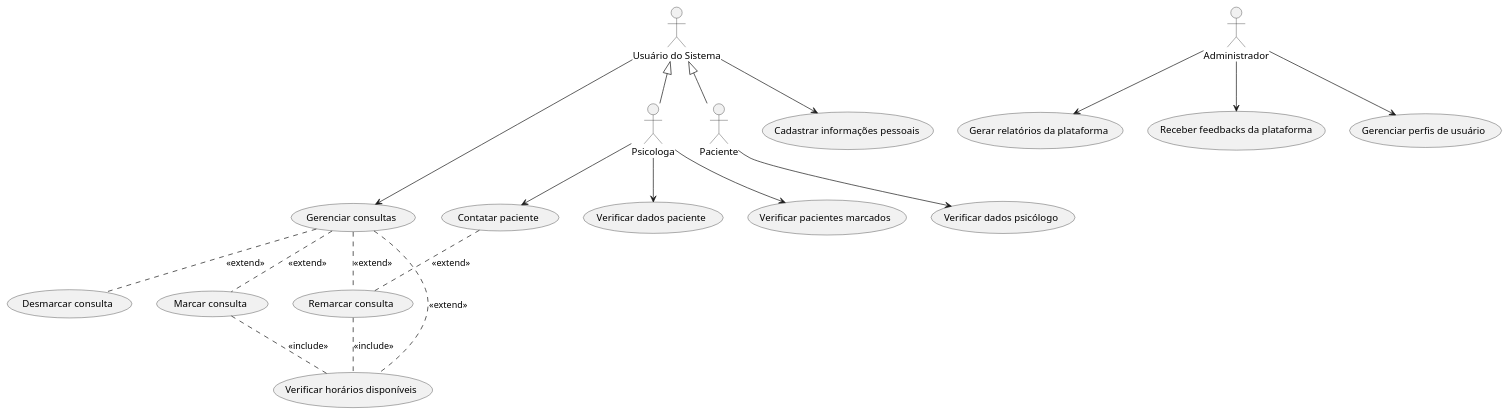
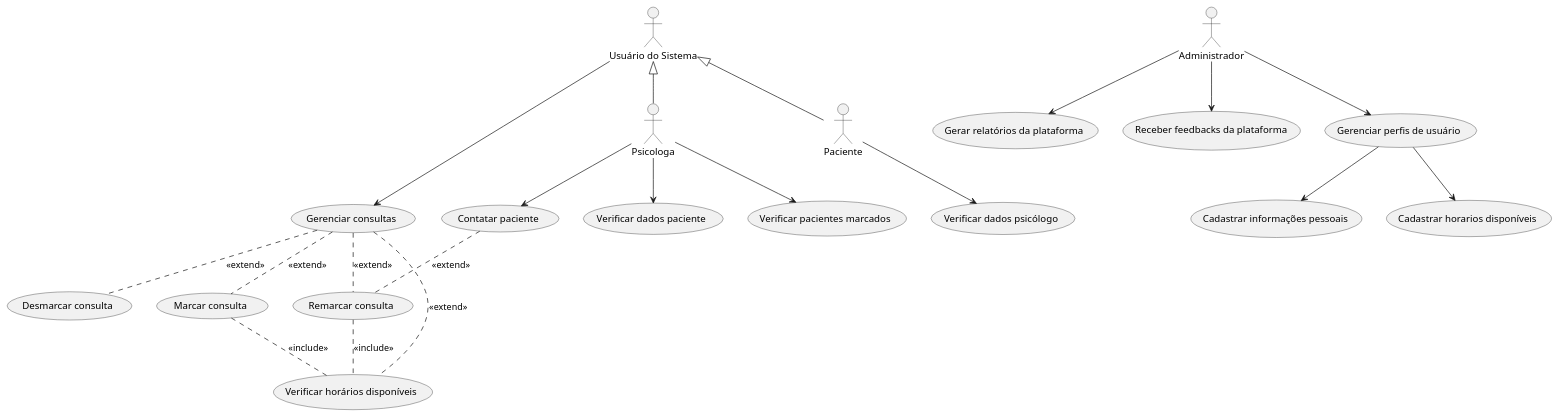
Before and after one commit to catarinamoreiralima/apoo: the diagram in casosuso.plantuml, drawn with PlantUML. The commit also changed 23 other files, not shown here.

```diff
--- a/casosuso.plantuml
+++ b/casosuso.plantuml
@@ -1,45 +1,47 @@
 @startuml
 "Administrador" as admin
 "Psicologa" as psi
 "Paciente" as paci
 "Usuário do Sistema" as user
 
 "Cadastrar informações pessoais" as (cad)
 "Marcar consulta" as (mar)
 "Gerenciar consultas" as (gerenciarConsultas)
 "Remarcar consulta" as (rem)
 "Desmarcar consulta" as (desm)
 "Verificar horários disponíveis" as (verificarHorarios)
 "Verificar dados psicólogo" as (verificarPsico)
 "Verificar dados paciente" as (verificarPaciente)
 "Verificar pacientes marcados" as (verificarMarcados)
+"Cadastrar horarios disponíveis" as (hor)
 
 admin --> (Gerar relatórios da plataforma)
 admin --> (Receber feedbacks da plataforma)
 admin --> (Gerenciar perfis de usuário)
 
+(Gerenciar perfis de usuário) --> (cad)
+(Gerenciar perfis de usuário) --> (hor)
+
 user <|-- psi
 user <|-- paci
 
-
-(cad) <-u- user
 
 
 (gerenciarConsultas) <-u- user
 
 
 (rem) .u. (gerenciarConsultas) : <<extend>>
 (desm) .u. (gerenciarConsultas) : <<extend>>
 (mar) .u. (gerenciarConsultas) : <<extend>>
 (rem) .u. (Contatar paciente) : <<extend>>
 (verificarHorarios) .u. (gerenciarConsultas) : <<extend>>
 
 psi -d-> (Contatar paciente)
 
 (rem) .. (verificarHorarios) : <<include>>
 (mar) .down. (verificarHorarios) : <<include>> 
 
 psi -d-> (verificarPaciente)
 psi -d-> (verificarMarcados)
 paci -d-> (verificarPsico)
 @enduml
```
